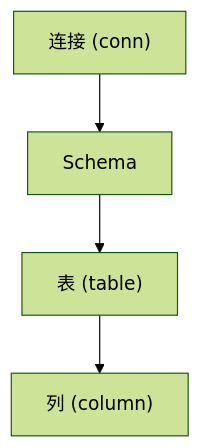
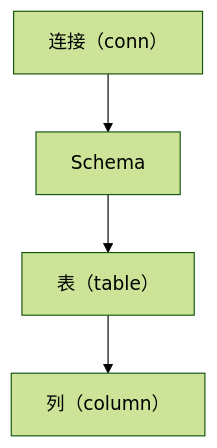
Before and after one commit to zdtjss/websql: the fifth of 6 diagrams in README.md, drawn with Mermaid (forest theme). The commit also changed other lines of this file, not shown here.

````diff
--- a/README.md
+++ b/README.md
@@ -282,6 +337,6 @@
 ```mermaid
 flowchart TD
-    A["连接 (conn)"] --> B["Schema"]
-    B --> C["表 (table)"]
-    C --> D["列 (column)"]
+    A["连接（conn）"] --> B["Schema"]
+    B --> C["表（table）"]
+    C --> D["列（column）"]
 ```
````
